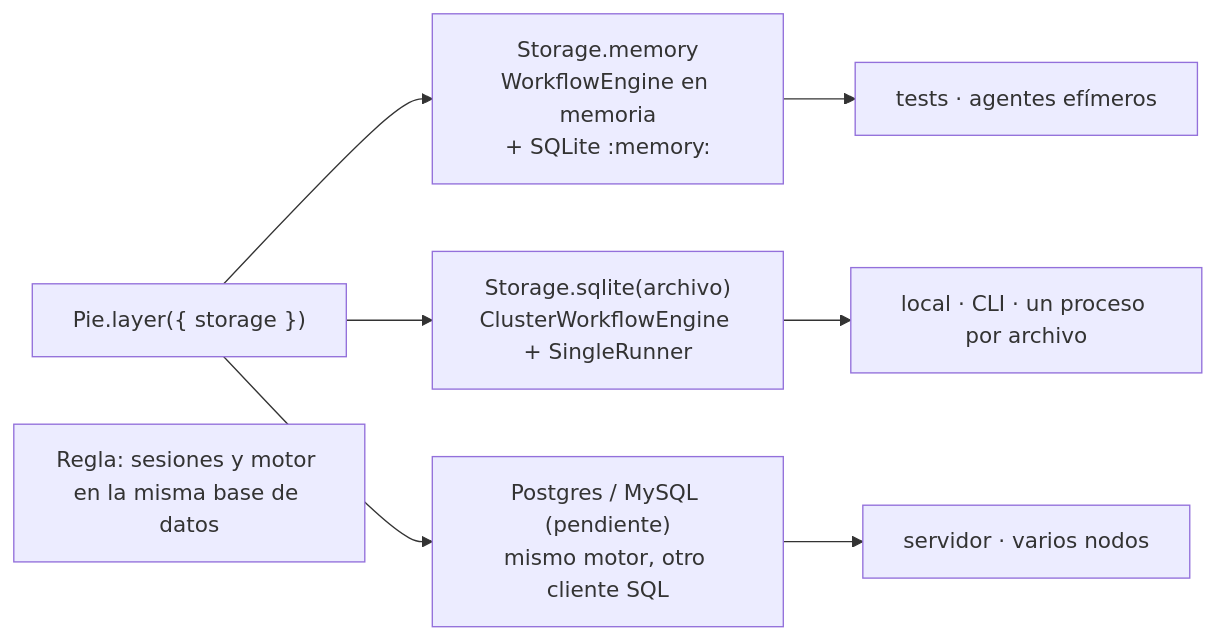
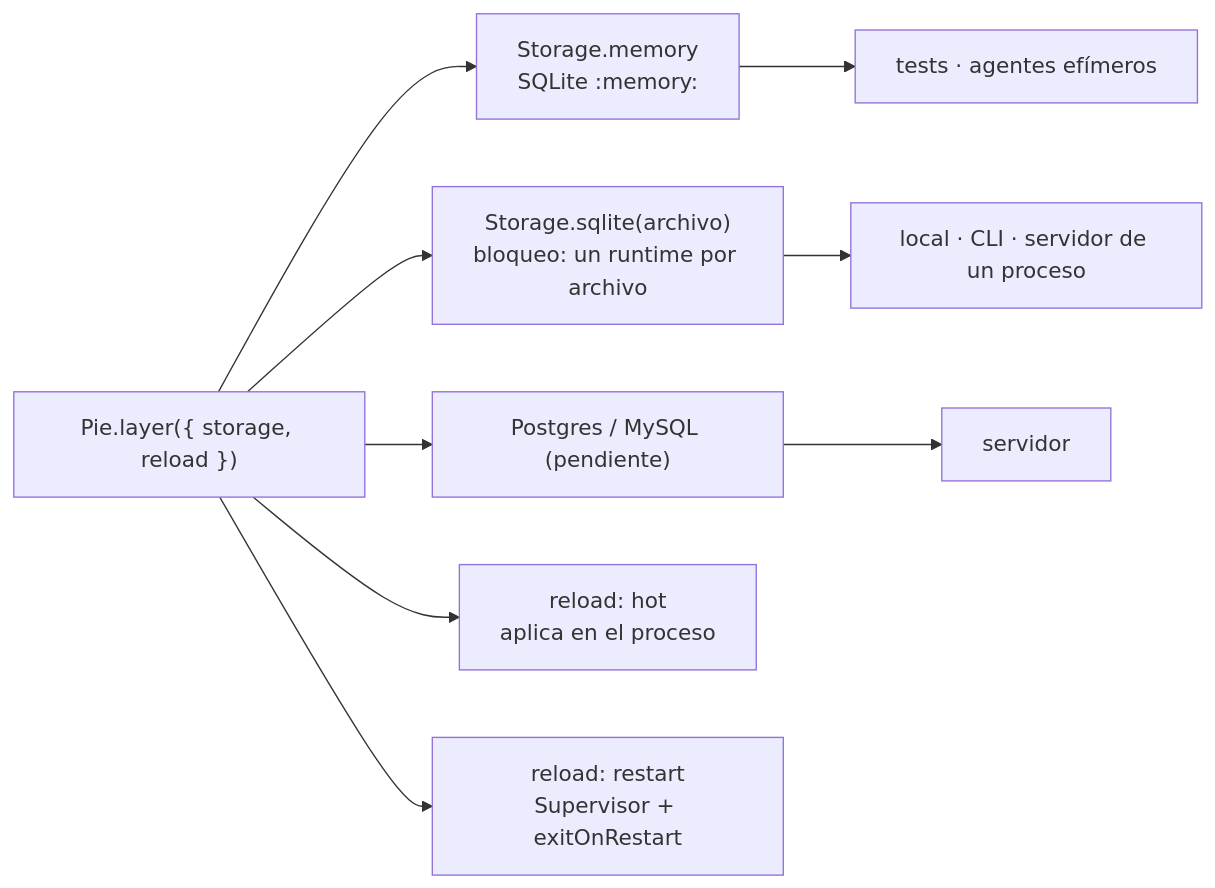
The diagram in docs/diagramas/entornos.mmd (JavierDeDiegoGuzman/pie), drawn with Mermaid before and after one commit. The commit also changed 51 other files, not shown here.

```diff
--- a/docs/diagramas/entornos.mmd
+++ b/docs/diagramas/entornos.mmd
@@ -1,6 +1,6 @@
 flowchart LR
-  opt["Pie.layer({ storage })"] --> mem & lite & pg
-  mem["Storage.memory<br/>WorkflowEngine en memoria<br/>+ SQLite :memory:"] --> u1["tests · agentes efímeros"]
-  lite["Storage.sqlite(archivo)<br/>ClusterWorkflowEngine + SingleRunner"] --> u2["local · CLI · un proceso por archivo"]
-  pg["Postgres / MySQL (pendiente)<br/>mismo motor, otro cliente SQL"] --> u3["servidor · varios nodos"]
-  note["Regla: sesiones y motor en la misma base de datos"]
+  opt["Pie.layer({ storage, reload })"] --> mem & lite & pg
+  mem["Storage.memory<br/>SQLite :memory:"] --> u1["tests · agentes efímeros"]
+  lite["Storage.sqlite(archivo)<br/>bloqueo: un runtime por archivo"] --> u2["local · CLI · servidor de un proceso"]
+  pg["Postgres / MySQL (pendiente)"] --> u3["servidor"]
+  opt --> hot["reload: hot<br/>aplica en el proceso"] & rs["reload: restart<br/>Supervisor + exitOnRestart"]
```
